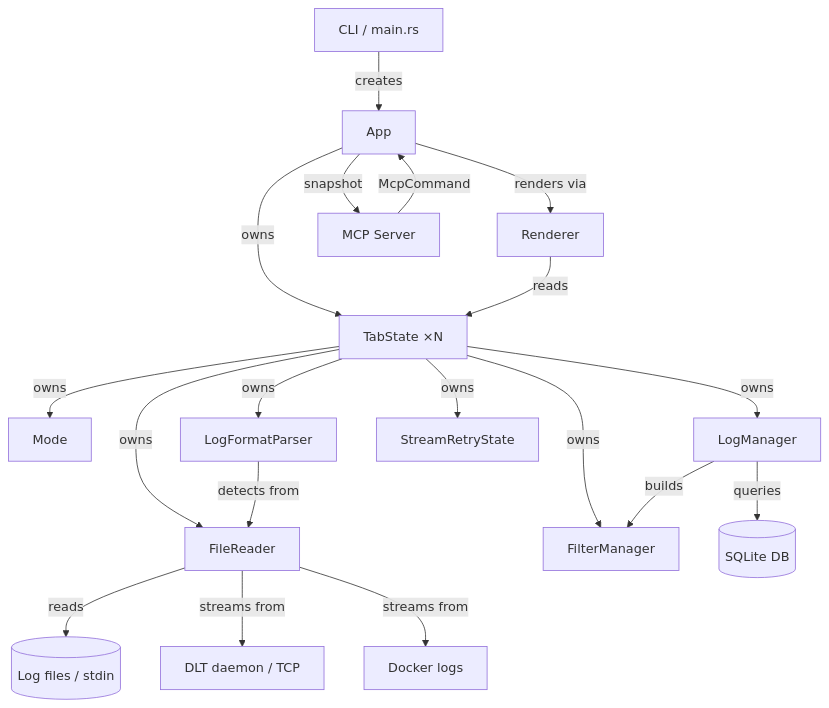
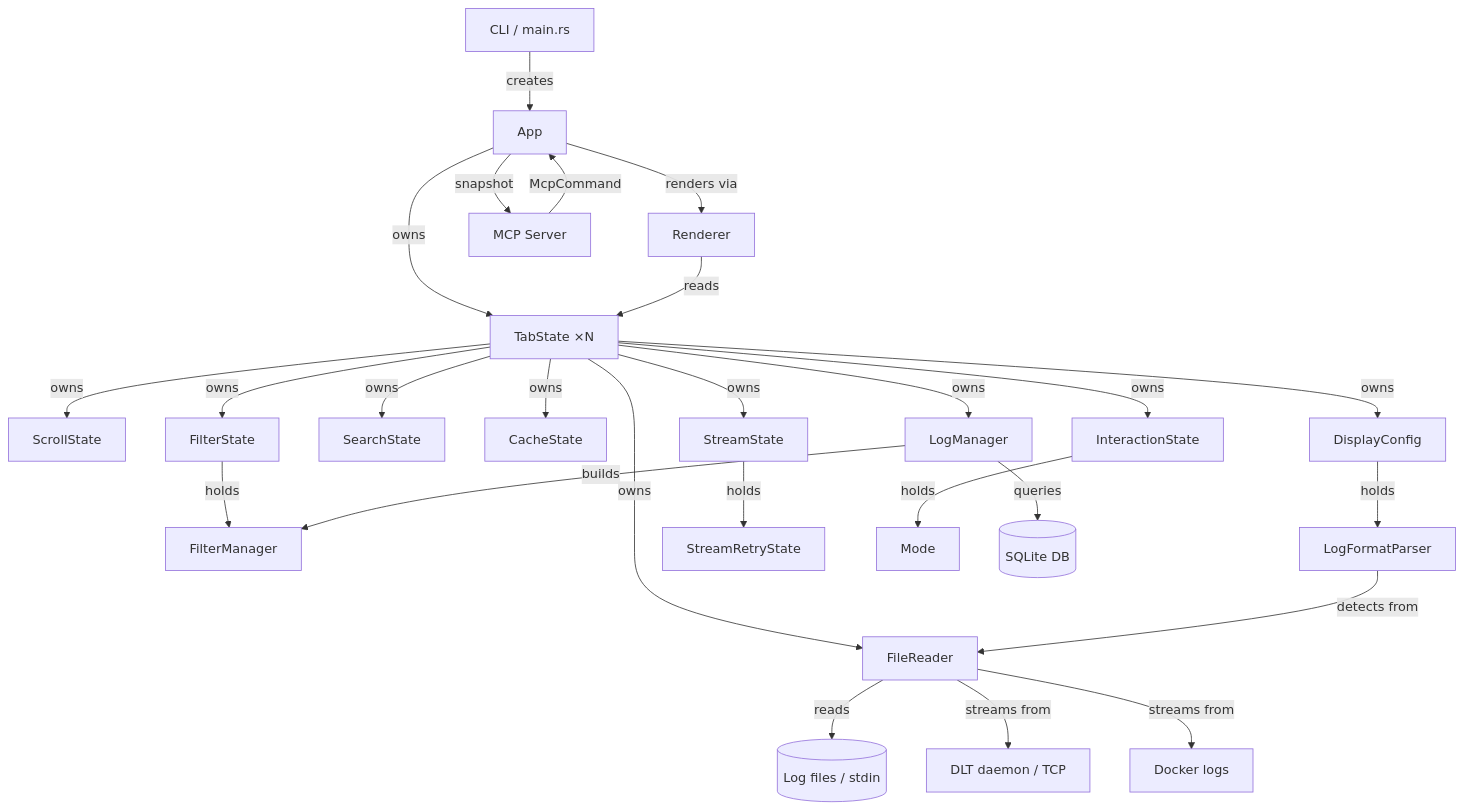
The first of 6 diagrams in ARCHITECTURE.md (pauloremoli/logana), drawn with Mermaid before and after one commit. The commit also changed other lines of this file and 30 other files, not shown here.

````diff
--- a/ARCHITECTURE.md
+++ b/ARCHITECTURE.md
@@ -56,21 +56,28 @@
 ```mermaid
 flowchart TD
     CLI[CLI / main.rs] -->|creates| App[App]
     App -->|owns| Tab[TabState ×N]
     App -->|renders via| Renderer[Renderer]
-    Tab -->|owns| Mode[Mode]
+    Tab -->|owns| Scroll[ScrollState]
+    Tab -->|owns| Filter[FilterState]
+    Tab -->|owns| Search[SearchState]
+    Tab -->|owns| Cache[CacheState]
+    Tab -->|owns| Stream[StreamState]
+    Tab -->|owns| Display[DisplayConfig]
+    Tab -->|owns| Interaction[InteractionState]
     Tab -->|owns| FileReader[FileReader]
     Tab -->|owns| LogManager[LogManager]
-    Tab -->|owns| FM[FilterManager]
-    Tab -->|owns| Parser[LogFormatParser]
-    Tab -->|owns| Retry[StreamRetryState]
+    Filter -->|holds| FM[FilterManager]
+    Display -->|holds| Parser[LogFormatParser]
+    Stream -->|holds| Retry[StreamRetryState]
+    Interaction -->|holds| Mode[Mode]
     LogManager -->|queries| DB[(SQLite DB)]
     LogManager -->|builds| FM
     FileReader -->|reads| Files[(Log files / stdin)]
     FileReader -->|streams from| DLT[DLT daemon / TCP]
     FileReader -->|streams from| Docker[Docker logs]
     Renderer -->|reads| Tab
     Parser -->|detects from| FileReader
     App -->|snapshot| MCP[MCP Server]
     MCP -->|McpCommand| App
 ```
````
